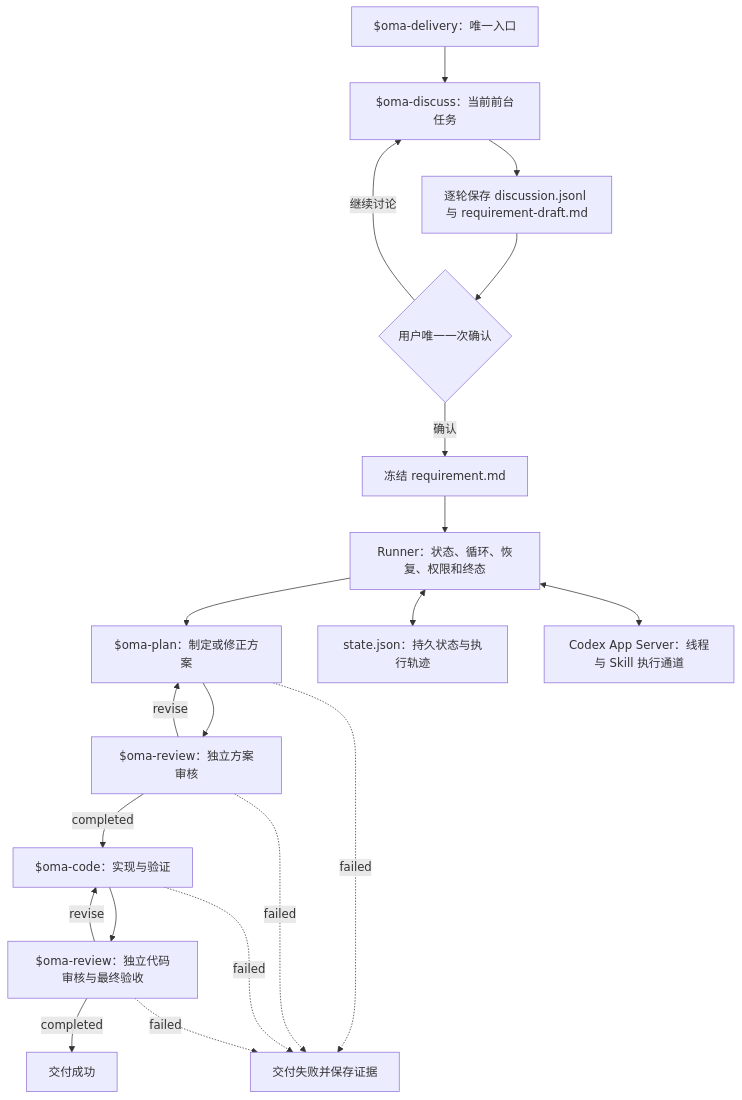
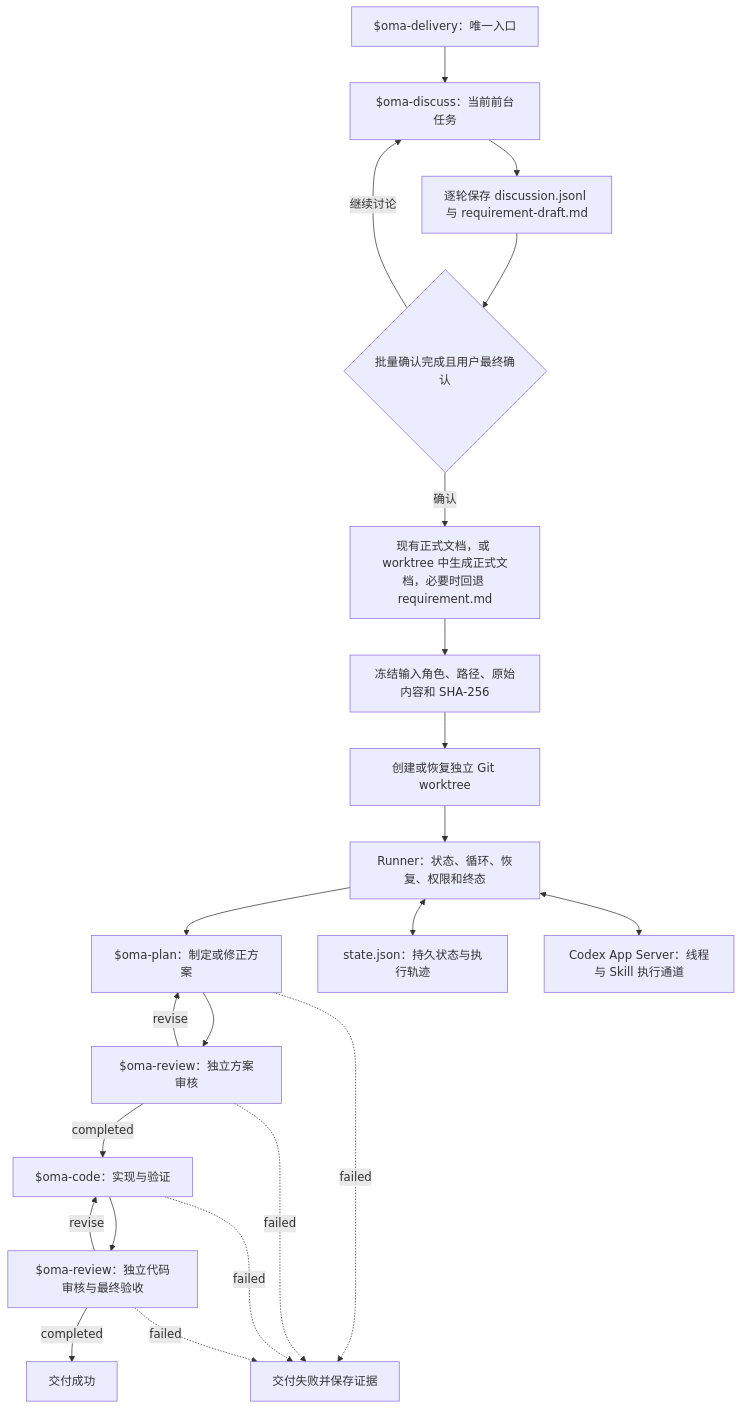
Before and after one commit to primabrucexu/OneManArmy: the diagram in README.md, drawn with Mermaid. The commit also changed other lines of this file and 12 other files, not shown here.

Commit message:
feat: complete OMA requirement and worktree isolation

````diff
--- a/README.md
+++ b/README.md
@@ -77,25 +88,27 @@
 ```mermaid
 flowchart TD
     A["$oma-delivery：唯一入口"] --> B["$oma-discuss：当前前台任务"]
     B --> C["逐轮保存 discussion.jsonl 与 requirement-draft.md"]
-    C --> D{"用户唯一一次确认"}
+    C --> D{"批量确认完成且用户最终确认"}
     D -- "继续讨论" --> B
-    D -- "确认" --> E["冻结 requirement.md"]
-    E --> F["Runner：状态、循环、恢复、权限和终态"]
+    D -- "确认" --> E["现有正式文档，或 worktree 中生成正式文档，必要时回退 requirement.md"]
+    E --> O["冻结输入角色、路径、原始内容和 SHA-256"]
+    O --> P["创建或恢复独立 Git worktree"]
+    P --> F["Runner：状态、循环、恢复、权限和终态"]
 
     F --> G["$oma-plan：制定或修正方案"]
     G --> H["$oma-review：独立方案审核"]
     H -- "revise" --> G
     H -- "completed" --> I["$oma-code：实现与验证"]
     I --> J["$oma-review：独立代码审核与最终验收"]
     J -- "revise" --> I
     J -- "completed" --> K["交付成功"]
 
     G -. "failed" .-> L["交付失败并保存证据"]
     H -. "failed" .-> L
     I -. "failed" .-> L
     J -. "failed" .-> L
 
     F <--> M["state.json：持久状态与执行轨迹"]
     F <--> N["Codex App Server：线程与 Skill 执行通道"]
 ```
````
